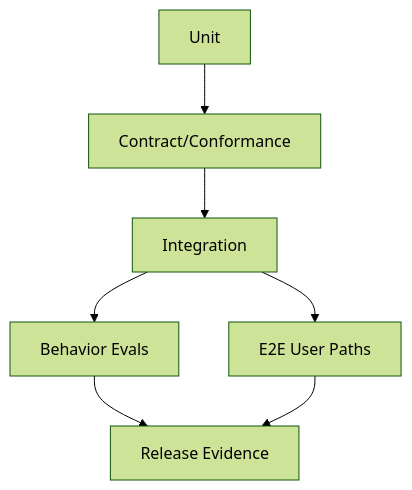
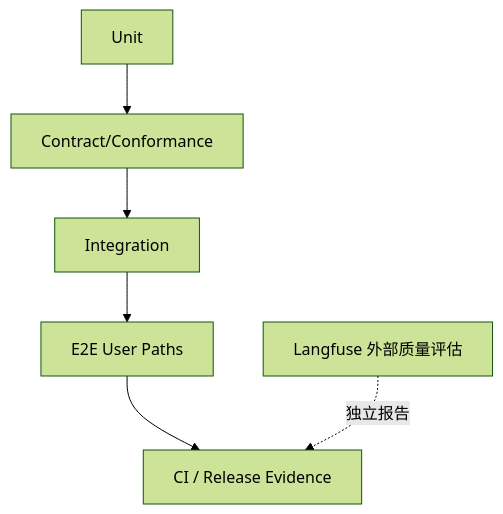
Before and after one commit to Cainheart/tracegraph-agent: the first of 2 diagrams in docs/outlive-agent-v2/07-quality-benchmarks-snapshots-i18n/01-test-eval-strategy.md, drawn with Mermaid (forest theme). The commit also changed other lines of this file and 46 other files, not shown here.

````diff
--- a/docs/outlive-agent-v2/07-quality-benchmarks-snapshots-i18n/01-test-eval-strategy.md
+++ b/docs/outlive-agent-v2/07-quality-benchmarks-snapshots-i18n/01-test-eval-strategy.md
@@ -15,9 +15,8 @@
 ```mermaid
 flowchart TB
   U[Unit] --> C[Contract/Conformance]
   C --> I[Integration]
   I --> E[E2E User Paths]
-  I --> EV[Behavior Evals]
-  EV --> R[Release Evidence]
-  E --> R
+  E --> R[CI / Release Evidence]
+  L[Langfuse 外部质量评估] -.独立报告.-> R
 ```
````
